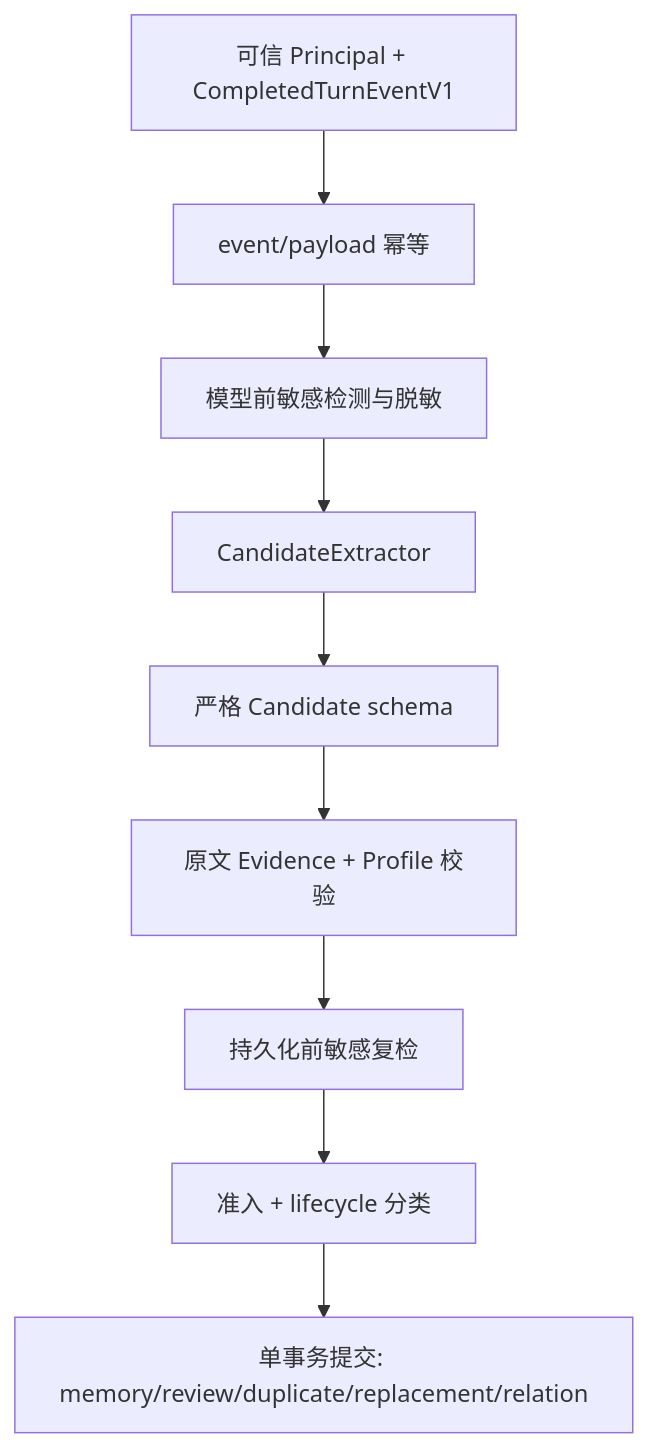
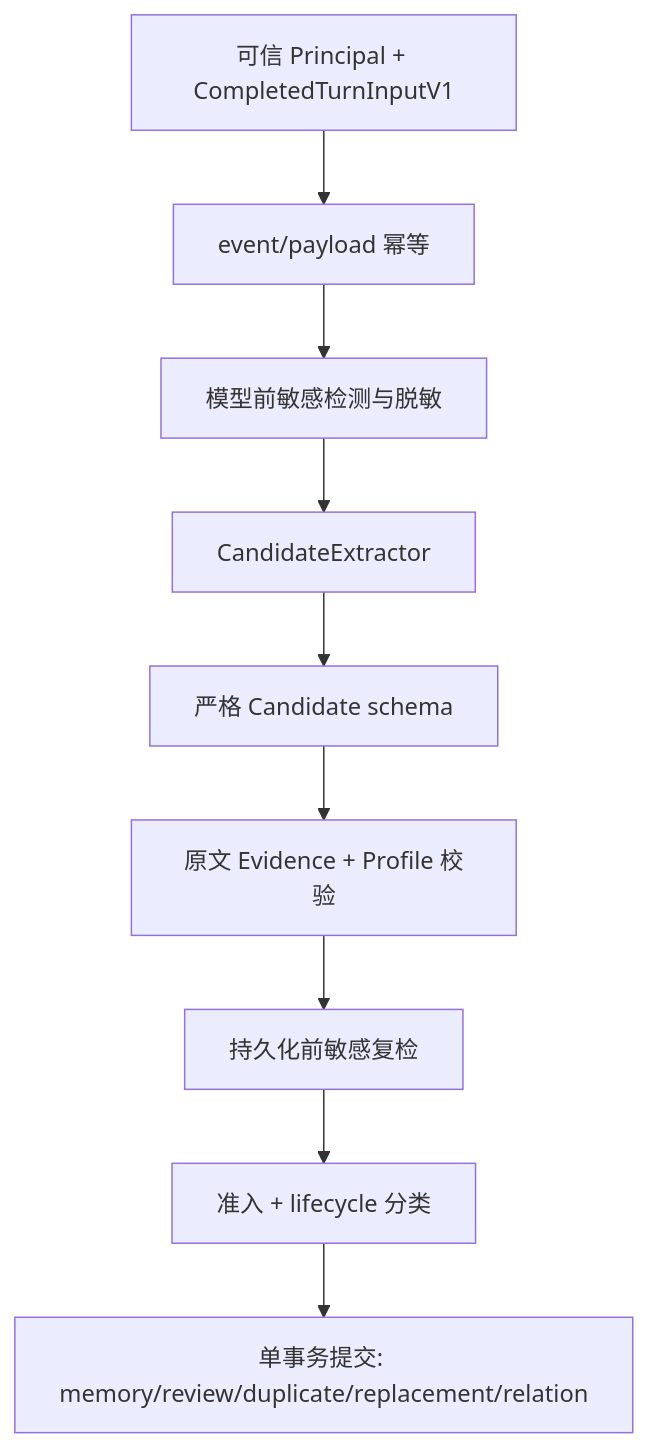
One commit to dxiaosen/memory-mcp changed the fifth of 11 diagrams in docs/design.md. Above: the diagram before and after it, drawn with Mermaid. The commit also changed other lines of this file and 10 other files, not shown here.

````diff
--- a/docs/design.md
+++ b/docs/design.md
@@ -156,11 +156,11 @@
 ```mermaid
 flowchart TD
-    P[可信 Principal + CompletedTurnEventV1] --> Q[event/payload 幂等]
+    P[可信 Principal + CompletedTurnInputV1] --> Q[event/payload 幂等]
     Q --> S[模型前敏感检测与脱敏]
     S --> E[CandidateExtractor]
     E --> C[严格 Candidate schema]
     C --> V[原文 Evidence + Profile 校验]
     V --> R[持久化前敏感复检]
     R --> A[准入 + lifecycle 分类]
     A --> T[单事务提交: memory/review/duplicate/replacement/relation]
 ```
````
